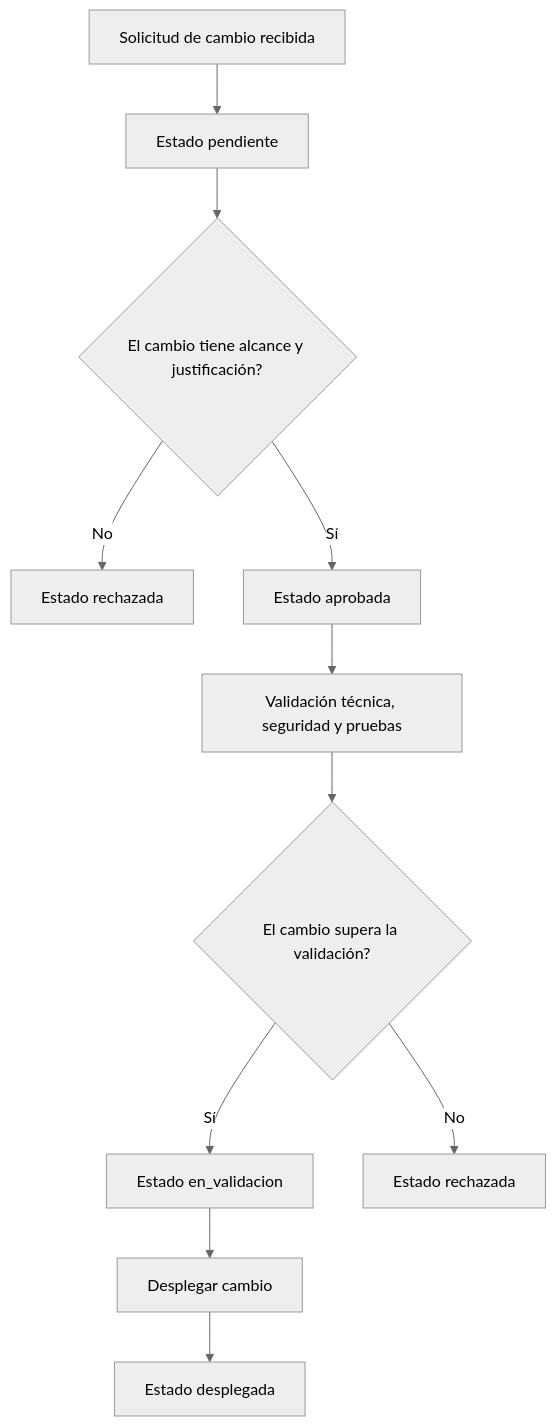
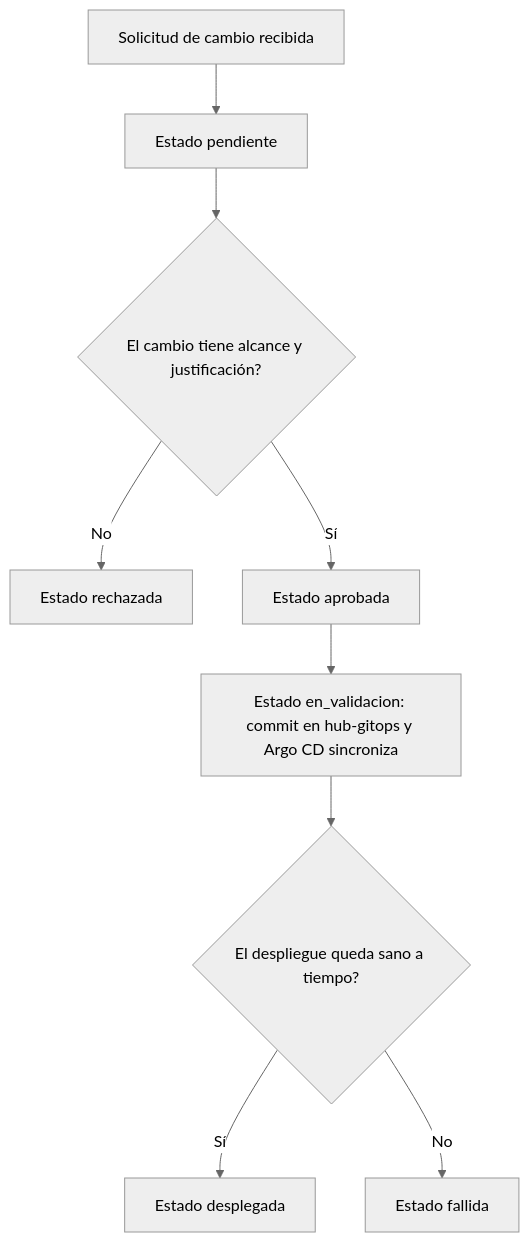
Before and after one commit to ngcddev/CloudOps: the fifth of 5 diagrams in docs/proceso.md, drawn with Mermaid (neutral theme). The commit also changed other lines of this file and 40 other files, not shown here.

````diff
--- a/docs/proceso.md
+++ b/docs/proceso.md
@@ -323,13 +327,11 @@
 ```mermaid
 flowchart TD
     A[Solicitud de cambio recibida] --> B[Estado pendiente]
     B --> C{El cambio tiene alcance y justificación?}
     C -->|No| D[Estado rechazada]
     C -->|Sí| E[Estado aprobada]
-    E --> F[Validación técnica, seguridad y pruebas]
-    F --> G{El cambio supera la validación?}
-    G -->|Sí| H[Estado en_validacion]
-    G -->|No| I[Estado rechazada]
-    H --> J[Desplegar cambio]
-    J --> K[Estado desplegada]
+    E --> H[Estado en_validacion: commit en hub-gitops y Argo CD sincroniza]
+    H --> G{El despliegue queda sano a tiempo?}
+    G -->|Sí| K[Estado desplegada]
+    G -->|No| I[Estado fallida]
 ```
````
